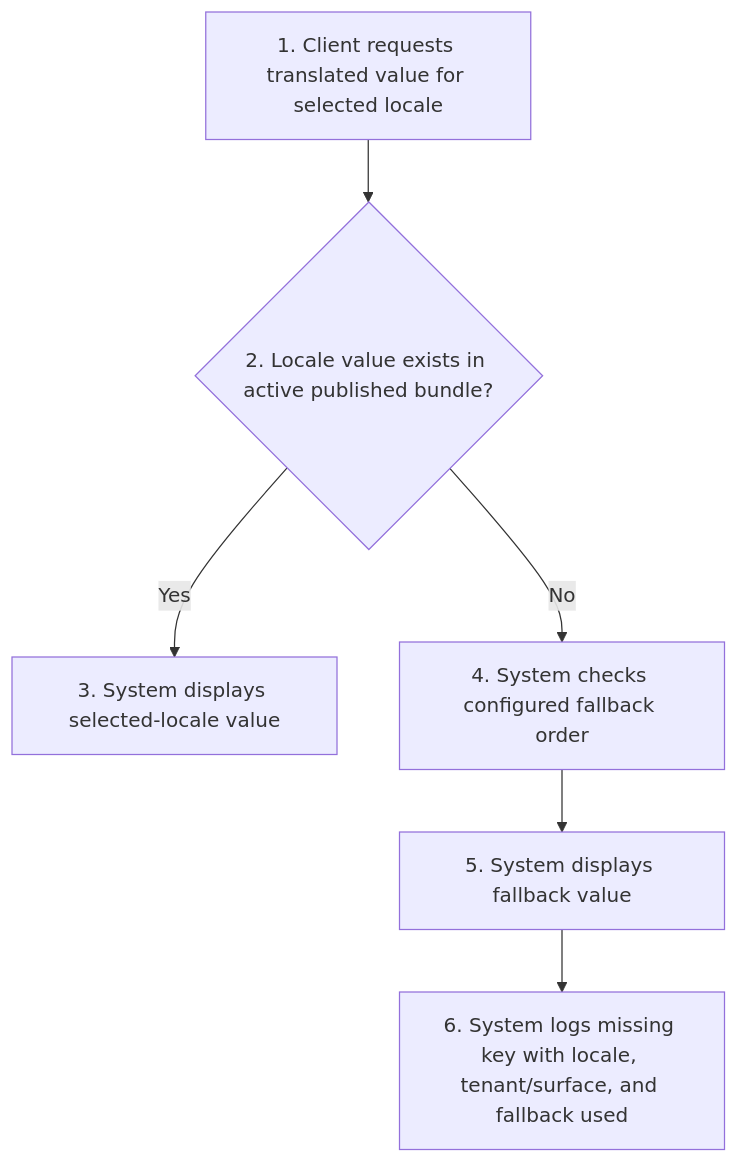
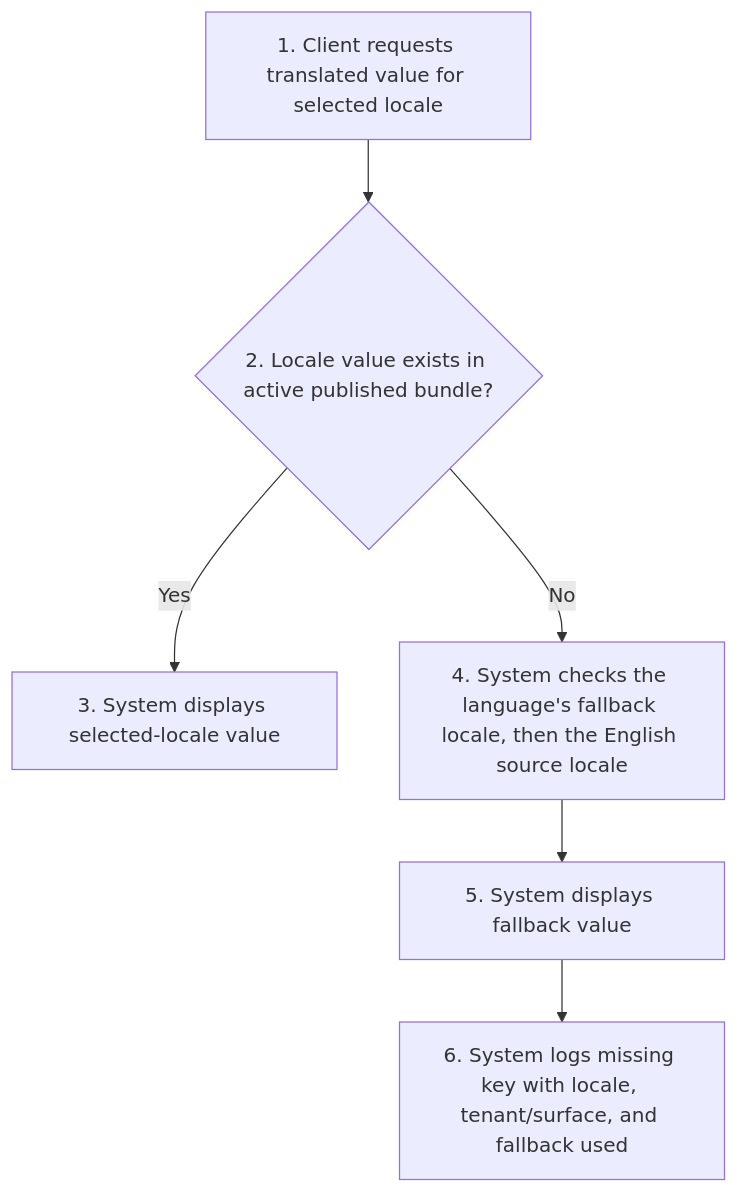
The third of 4 diagrams in project-requirements/functional-requirements/fr021-i18n-localization/prd.md (joachimtrungtuan/hairline-pm-docs), drawn with Mermaid before and after one commit. The commit also changed other lines of this file and 5 other files, not shown here.

````diff
--- a/project-requirements/functional-requirements/fr021-i18n-localization/prd.md
+++ b/project-requirements/functional-requirements/fr021-i18n-localization/prd.md
@@ -183,8 +184,8 @@
 ```mermaid
 flowchart TD
   B1S1["1. Client requests translated value for selected locale"] --> B1S2{"2. Locale value exists in active published bundle?"}
   B1S2 -->|Yes| B1S3["3. System displays selected-locale value"]
-  B1S2 -->|No| B1S4["4. System checks configured fallback order"]
+  B1S2 -->|No| B1S4["4. System checks the language's fallback locale, then the English source locale"]
   B1S4 --> B1S5["5. System displays fallback value"]
   B1S5 --> B1S6["6. System logs missing key with locale, tenant/surface, and fallback used"]
 ```
````
